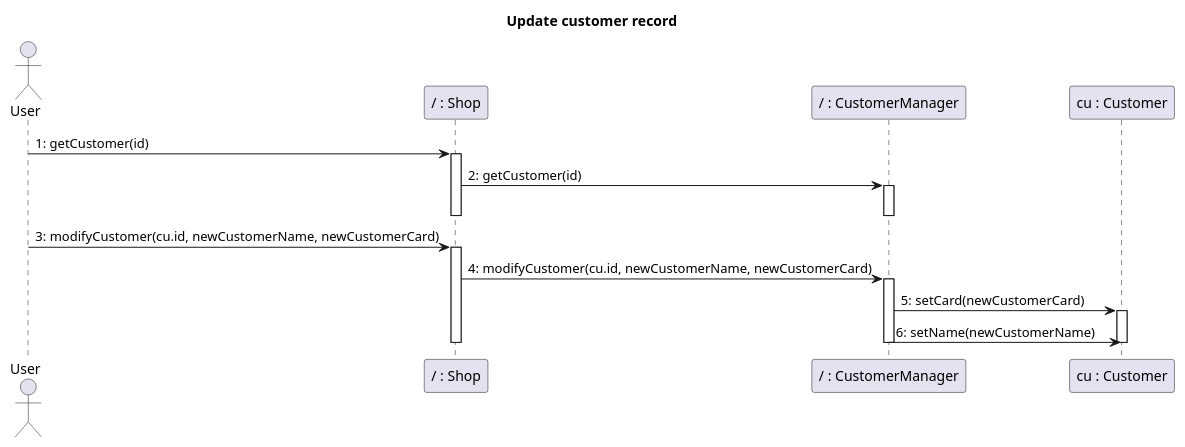
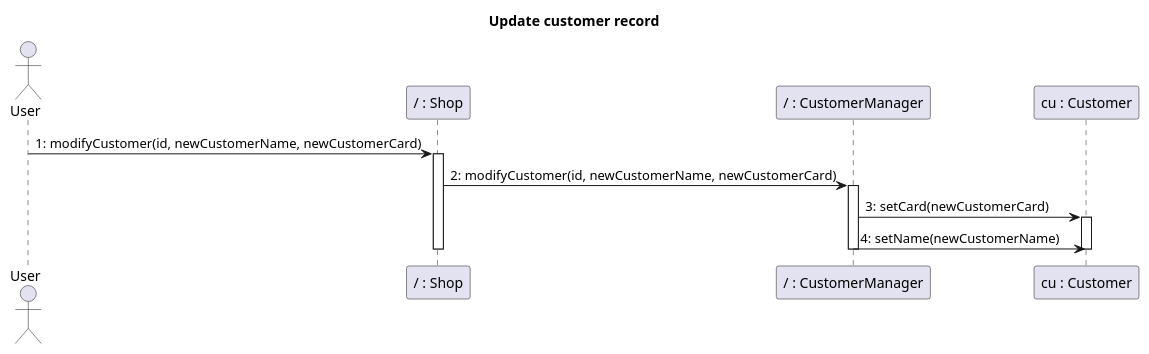
One commit to nicolabattaglino/ezshop changed diagram 17 of 34 in Deliverables/DesignDocument.md. Above: the diagram before and after it, drawn with PlantUML. The commit also changed other lines of this file, not shown here.

Commit message:
sequence diagram

````diff
--- a/Deliverables/DesignDocument.md
+++ b/Deliverables/DesignDocument.md
@@ -894,28 +869,21 @@
 ```plantuml
 @startuml
 
 title Update customer record
 actor User
 participant "/ : Shop" as Shop
 participant "/ : CustomerManager" as CustomerManager
 participant "cu : Customer" as Customer
 
-User -> Shop: 1: getCustomer(id)
+User -> Shop: 1: modifyCustomer(id, newCustomerName, newCustomerCard)
 activate Shop
-Shop -> CustomerManager: 2: getCustomer(id)
+Shop -> CustomerManager: 2: modifyCustomer(id, newCustomerName, newCustomerCard)
 activate CustomerManager
-deactivate CustomerManager
-deactivate Shop
-
-User -> Shop: 3: modifyCustomer(cu.id, newCustomerName, newCustomerCard)
-activate Shop
-Shop -> CustomerManager: 4: modifyCustomer(cu.id, newCustomerName, newCustomerCard)
-activate CustomerManager
-CustomerManager -> Customer: 5: setCard(newCustomerCard)
+CustomerManager -> Customer: 3: setCard(newCustomerCard)
 activate Customer
-CustomerManager -> Customer: 6: setName(newCustomerName)
+CustomerManager -> Customer: 4: setName(newCustomerName)
 deactivate Customer
 deactivate CustomerManager
 deactivate Shop
 @enduml
 ```
````
